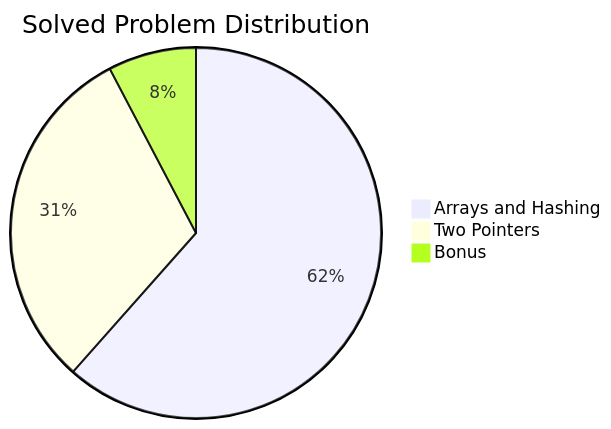
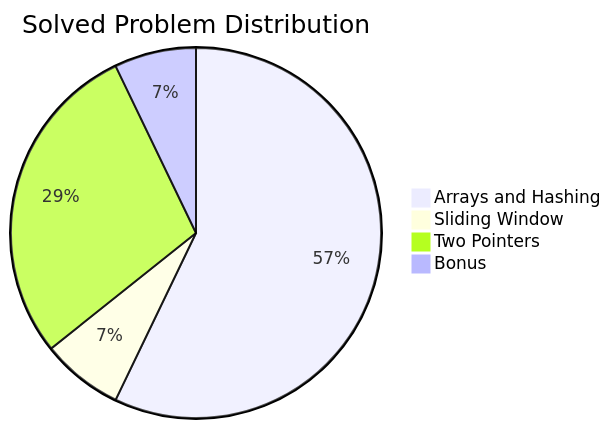
Before and after one commit to halcyon-past/SDE_PRACTICE_SHEET-MASTERY: the first of 2 diagrams in README.md, drawn with Mermaid. The commit also changed other lines of this file and 1 other file, not shown here.

````diff
--- a/README.md
+++ b/README.md
@@ -17,6 +17,7 @@
 ```mermaid
 pie title Solved Problem Distribution
     "Arrays and Hashing" : 8
+    "Sliding Window" : 1
     "Two Pointers" : 4
     "Bonus" : 1
 ```
````
